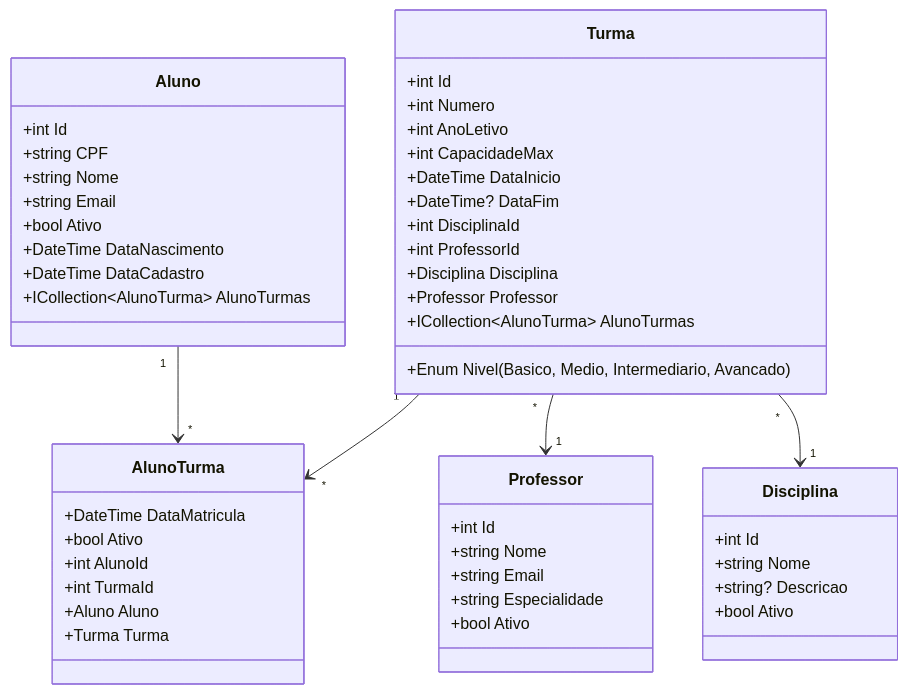
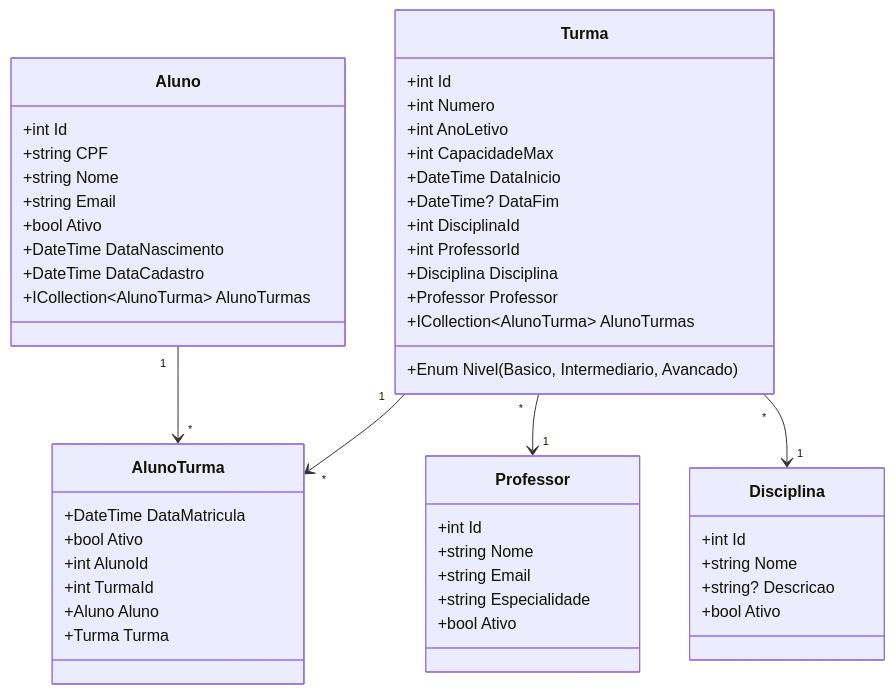
The diagram in README.md (carlosfelipesantos/SpeakCore), drawn with Mermaid before and after one commit. The commit also changed other lines of this file, not shown here.

Commit message:
Update README
Removed 'Medio' from the list of levels in the README.

````diff
--- a/README.md
+++ b/README.md
@@ -33,57 +33,57 @@
 ```mermaid
 classDiagram
     class Aluno {
         +int Id
         +string CPF
         +string Nome
         +string Email
         +bool Ativo
         +DateTime DataNascimento
         +DateTime DataCadastro
         +ICollection~AlunoTurma~ AlunoTurmas
     }
 
     class Turma {
         +int Id
         +int Numero
         +int AnoLetivo
         +int CapacidadeMax
-        +Enum Nivel (Basico, Medio, Intermediario, Avancado)
+        +Enum Nivel (Basico, Intermediario, Avancado)
         +DateTime DataInicio
         +DateTime? DataFim
         +int DisciplinaId
         +int ProfessorId
         +Disciplina Disciplina
         +Professor Professor
         +ICollection~AlunoTurma~ AlunoTurmas
     }
 
     class Professor {
         +int Id
         +string Nome
         +string Email
         +string Especialidade
         +bool Ativo
     }
 
     class Disciplina {
         +int Id
         +string Nome
         +string? Descricao
         +bool Ativo
     }
 
     class AlunoTurma {
         +DateTime DataMatricula
         +bool Ativo
         +int AlunoId
         +int TurmaId
         +Aluno Aluno
         +Turma Turma
     }
 
     Aluno "1" --> "*" AlunoTurma
     Turma "1" --> "*" AlunoTurma
     Turma "*" --> "1" Professor
     Turma "*" --> "1" Disciplina
 ```
````
